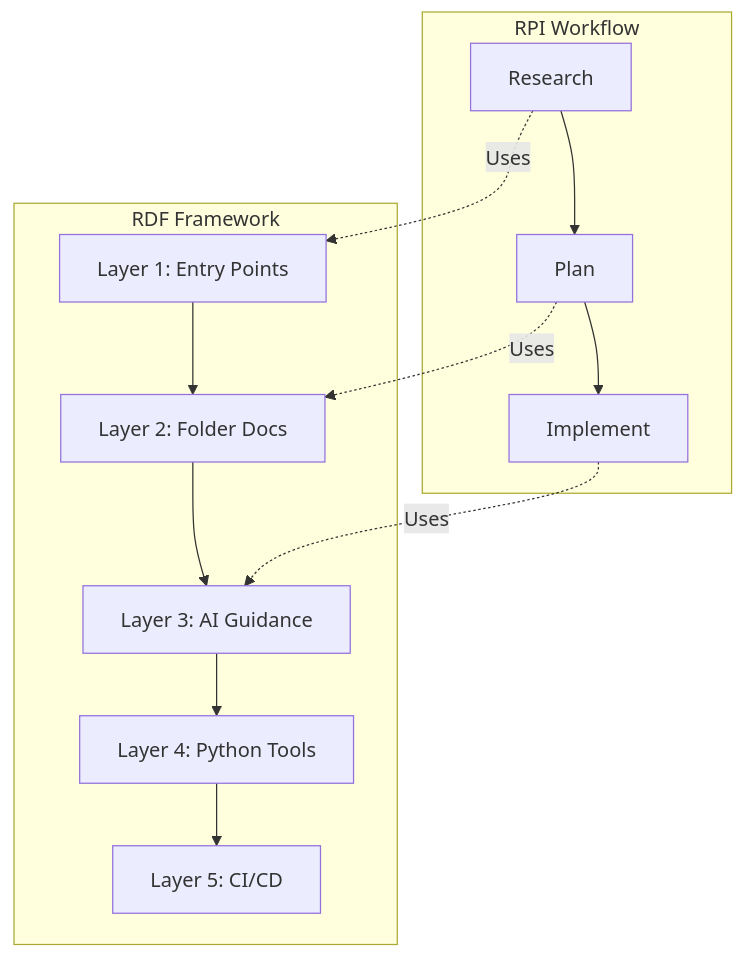
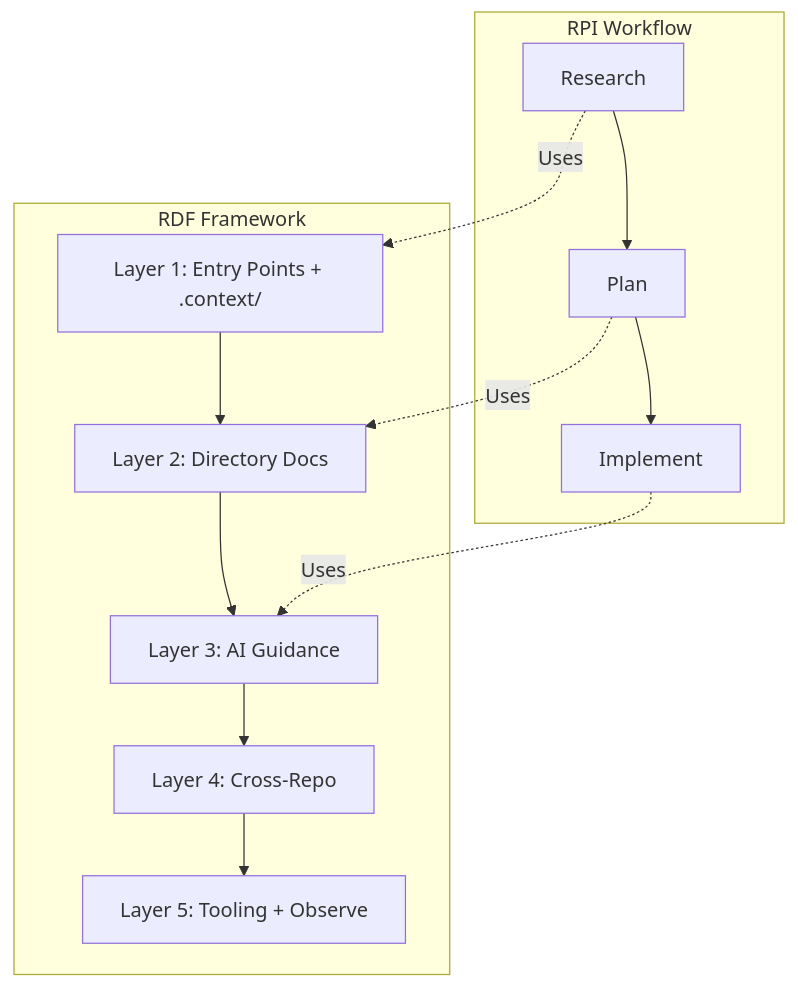
Before and after one commit to benjaminmgross/maximal-ai: the diagram in README.md, drawn with Mermaid. The commit also changed other lines of this file and 14 other files, not shown here.

````diff
--- a/README.md
+++ b/README.md
@@ -24,20 +24,20 @@
 ```mermaid
 graph TB
     subgraph "RPI Workflow"
         A[Research] --> B[Plan]
         B --> C[Implement]
     end
 
     subgraph "RDF Framework"
-        D[Layer 1: Entry Points]
-        E[Layer 2: Folder Docs]
+        D[Layer 1: Entry Points + .context/]
+        E[Layer 2: Directory Docs]
         F[Layer 3: AI Guidance]
-        G[Layer 4: Python Tools]
-        H[Layer 5: CI/CD]
+        G[Layer 4: Cross-Repo]
+        H[Layer 5: Tooling + Observe]
         D --> E --> F --> G --> H
     end
 
     A -.->|Uses| D
     B -.->|Uses| E
     C -.->|Uses| F
 ```
````
